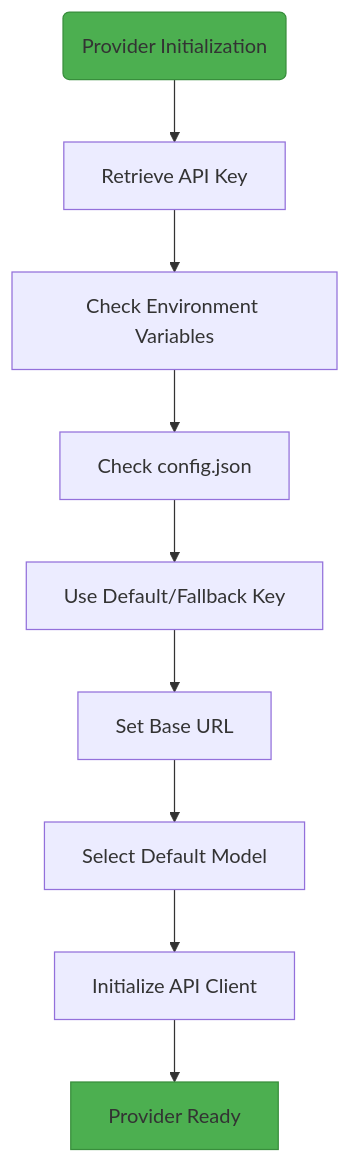
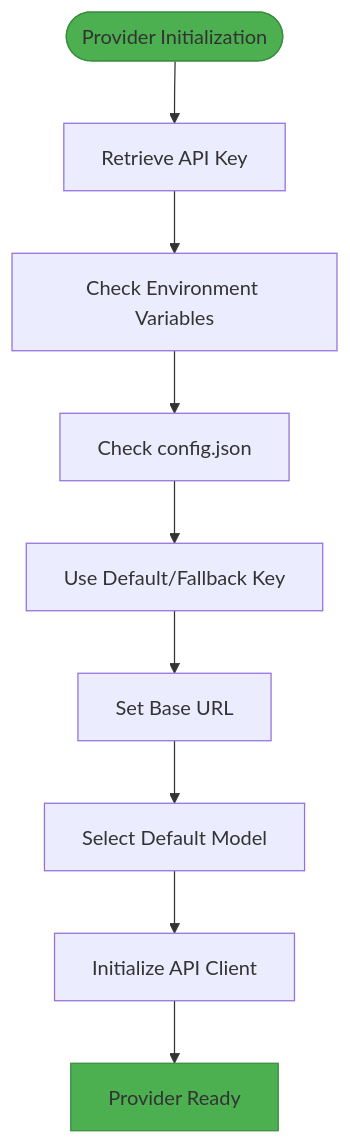
The third of 4 diagrams in docs/LLM Integration/LLM Providers Configuration.md (Likhithsai2580/RAVANA-WIKI), drawn with Mermaid before and after one commit. The commit also changed other lines of this file and 78 other files, not shown here.

````diff
--- a/docs/LLM Integration/LLM Providers Configuration.md
+++ b/docs/LLM Integration/LLM Providers Configuration.md
@@ -165,14 +163,13 @@
 ```mermaid
 flowchart TD
-InitStart("Provider Initialization") --> KeyCheck["Retrieve API Key"]
+InitStart([Provider Initialization]) --> KeyCheck["Retrieve API Key"]
 KeyCheck --> EnvVar["Check Environment Variables"]
 EnvVar --> ConfigFile["Check config.json"]
 ConfigFile --> Default["Use Default/Fallback Key"]
 Default --> URLConfig["Set Base URL"]
 URLConfig --> ModelSelect["Select Default Model"]
 ModelSelect --> ClientSetup["Initialize API Client"]
 ClientSetup --> Ready["Provider Ready"]
 style InitStart fill:#4CAF50,stroke:#388E3C
 style Ready fill:#4CAF50,stroke:#388E3C
-
 ```
````
